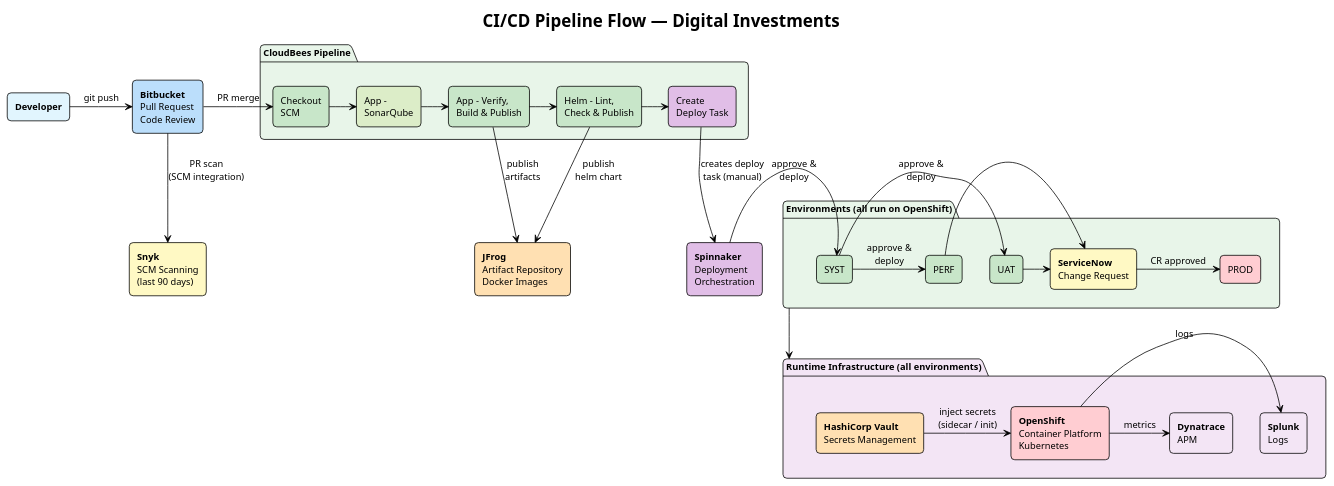
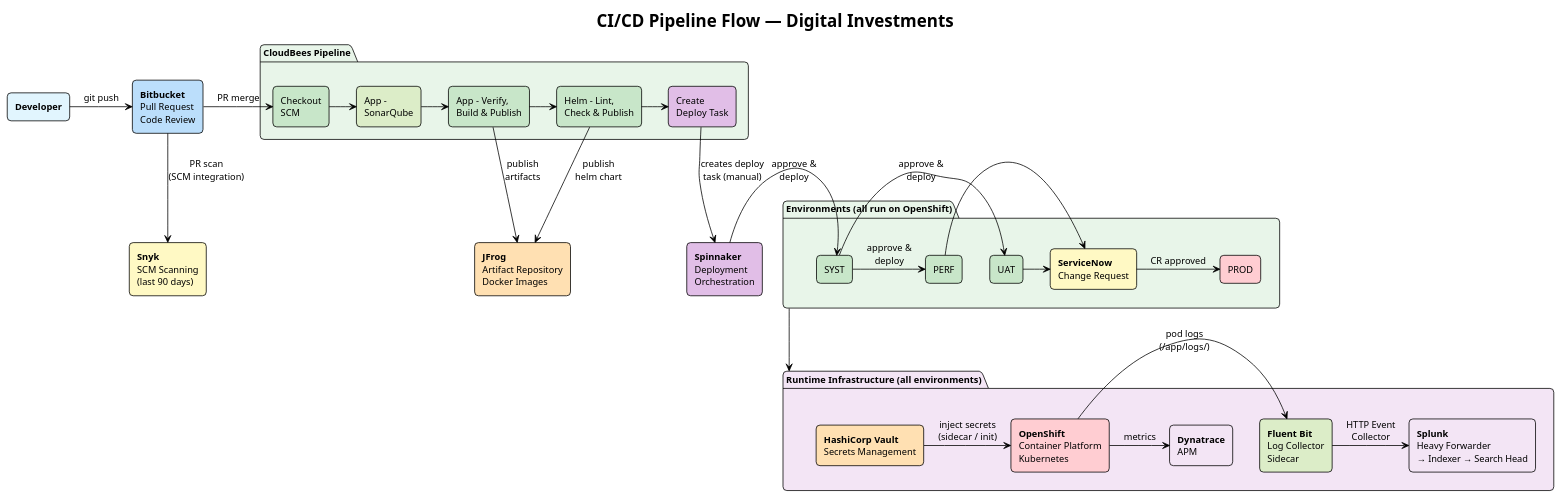
The diagram in docs/diagrams/plantuml/06-pipeline-flow.puml (senthilknz/investments-api-planning), drawn with PlantUML before and after one commit. The commit also changed 2 other files, not shown here.

Commit message:
Add Fluent Bit sidecar log forwarding to pipeline and docs
- Logs flow: OpenShift pod → Fluent Bit sidecar → Splunk HEC
- Splunk pipeline: Heavy Forwarder → Indexer → Search Head
- Update pipeline diagram, Splunk tool details, and glossary

```diff
--- a/docs/diagrams/plantuml/06-pipeline-flow.puml
+++ b/docs/diagrams/plantuml/06-pipeline-flow.puml
@@ -1,73 +1,75 @@
 @startuml 06-pipeline-flow
 !theme plain
 skinparam backgroundColor white
 skinparam defaultFontName Arial
 skinparam defaultFontSize 12
 skinparam roundCorner 10
 skinparam shadowing false
 
 skinparam rectangle {
     FontSize 12
 }
 
 title CI/CD Pipeline Flow — Digital Investments
 
 rectangle "**Developer**" as dev #E1F5FE
 rectangle "**Bitbucket**\nPull Request\nCode Review" as bb #BBDEFB
 rectangle "**Snyk**\nSCM Scanning\n(last 90 days)" as snyk #FFF9C4
 
 package "**CloudBees Pipeline**" as cbpkg #E8F5E9 {
     rectangle "Checkout\nSCM" as checkout #C8E6C9
     rectangle "App -\nSonarQube" as sonar #DCEDC8
     rectangle "App - Verify,\nBuild & Publish" as build #C8E6C9
     rectangle "Helm - Lint,\nCheck & Publish" as helm #C8E6C9
     rectangle "Create\nDeploy Task" as cbtrigger #E1BEE7
 }
 
 rectangle "**JFrog**\nArtifact Repository\nDocker Images" as jfrog #FFE0B2
 
 rectangle "**Spinnaker**\nDeployment\nOrchestration" as spin #E1BEE7
 
 package "**Environments** (all run on OpenShift)" as envpkg #E8F5E9 {
     rectangle "SYST" as syst #C8E6C9
     rectangle "UAT" as uat #C8E6C9
     rectangle "PERF" as perf #C8E6C9
     rectangle "**ServiceNow**\nChange Request" as cr #FFF9C4
     rectangle "PROD" as prod #FFCDD2
 }
 
 package "**Runtime Infrastructure** (all environments)" as runtime #F3E5F5 {
     rectangle "**OpenShift**\nContainer Platform\nKubernetes" as os #FFCDD2
     rectangle "**HashiCorp Vault**\nSecrets Management" as vault #FFE0B2
-    rectangle "**Splunk**\nLogs" as splunk #F3E5F5
+    rectangle "**Fluent Bit**\nLog Collector\nSidecar" as fluentbit #DCEDC8
+    rectangle "**Splunk**\nHeavy Forwarder\n→ Indexer → Search Head" as splunk #F3E5F5
     rectangle "**Dynatrace**\nAPM" as dyna #F3E5F5
 }
 
 dev -right-> bb : git push
 bb -down-> snyk : PR scan\n(SCM integration)
 bb -right-> checkout : PR merge
 
 checkout -right-> sonar
 sonar -right-> build
 build -right-> helm
 helm -right-> cbtrigger
 
 build -down-> jfrog : publish\nartifacts
 helm -down-> jfrog : publish\nhelm chart
 
 cbtrigger -down-> spin : creates deploy\ntask (manual)
 
 spin -right-> syst : approve &\ndeploy
 syst -right-> uat : approve &\ndeploy
 syst -right-> perf : approve &\ndeploy
 uat -right-> cr
 perf -right-> cr
 cr -right-> prod : CR approved
 
 envpkg -down-> runtime
 
 vault -right-> os : inject secrets\n(sidecar / init)
-os -right-> splunk : logs
+os -right-> fluentbit : pod logs\n(/app/logs/)
+fluentbit -right-> splunk : HTTP Event\nCollector
 os -right-> dyna : metrics
 
 @enduml
```
